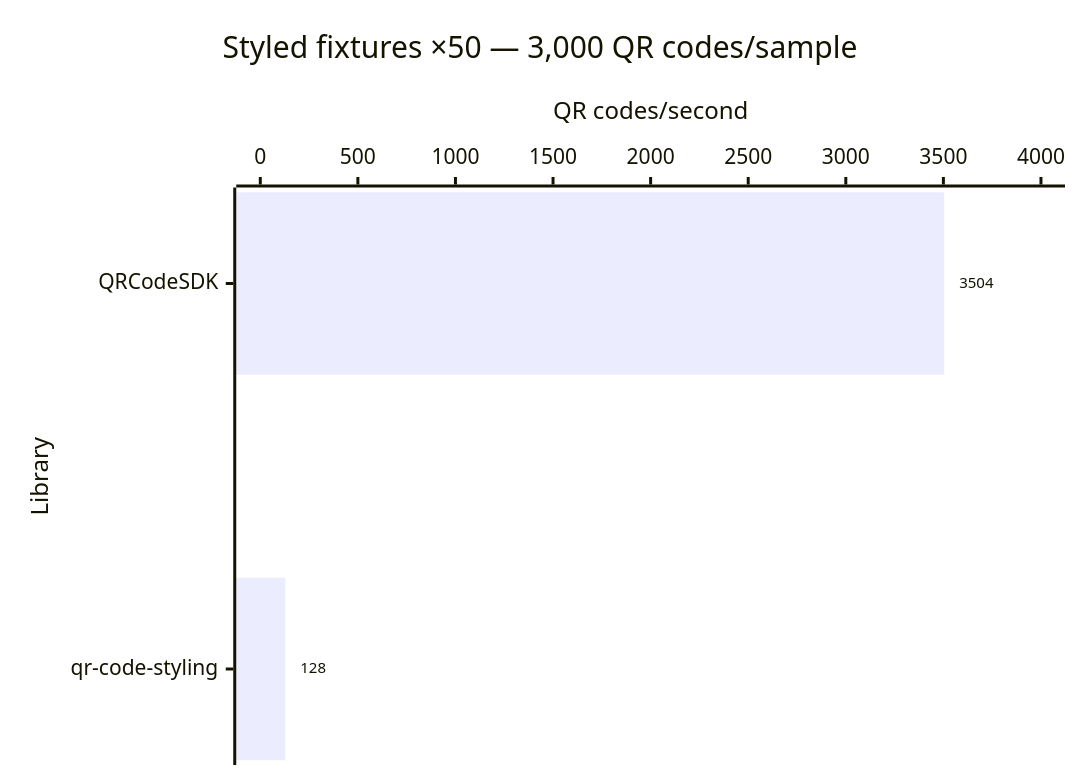
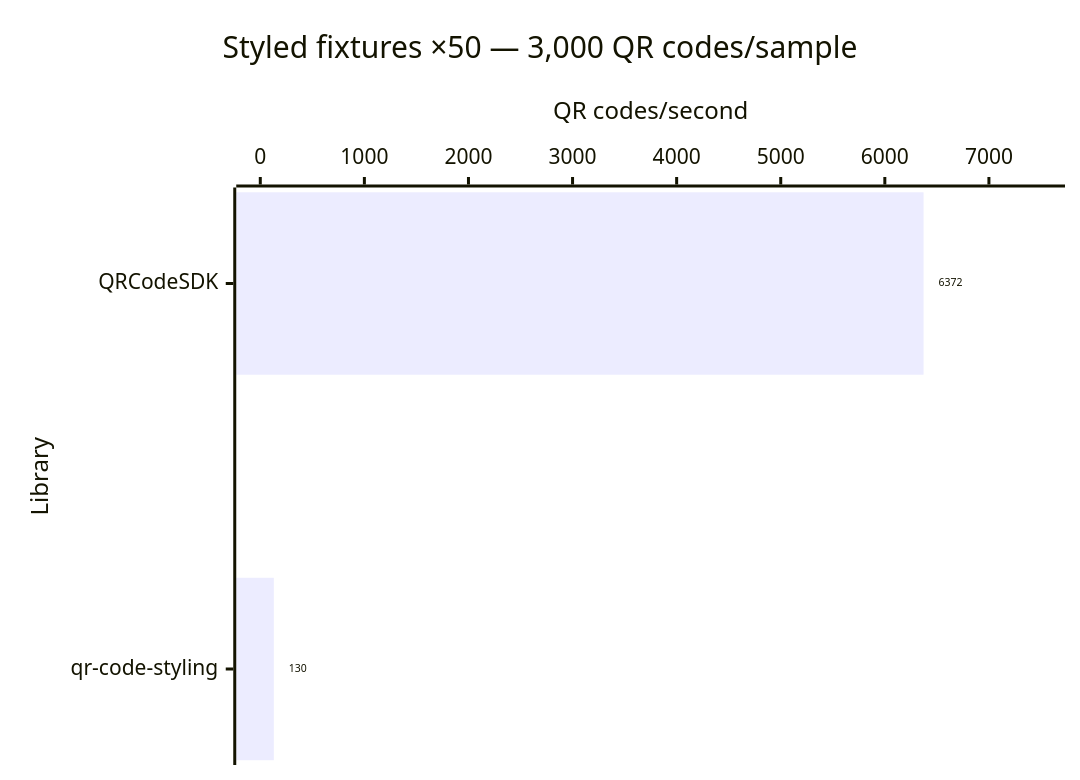
Before and after one commit to Dafnik/qrcodesdk: diagram 14 of 14 in apps/docs/src/content/docs/learn/performance.md, drawn with Mermaid. The commit also changed other lines of this file and 417 other files, not shown here.

````diff
--- a/apps/docs/src/content/docs/learn/performance.md
+++ b/apps/docs/src/content/docs/learn/performance.md
@@ -300,15 +300,15 @@
 ```mermaid
 ---
 config:
   xyChart:
     showDataLabel: true
     showDataLabelOutsideBar: true
 ---
 xychart horizontal
   accTitle: Styled SVG generation: Styled fixtures ×50 — 3,000 QR codes/sample
-  accDescr: Throughput calculated from median time. QRCodeSDK 3,504 QR codes per second, qr-code-styling 128 QR codes per second. Higher is better.
+  accDescr: Throughput calculated from median time. QRCodeSDK 6,372 QR codes per second, qr-code-styling 130 QR codes per second. Higher is better.
   title "Styled fixtures ×50 — 3,000 QR codes/sample"
   x-axis "Library" ["QRCodeSDK", "qr-code-styling"]
-  y-axis "QR codes/second" 0 --> 4000
-  bar [3504, 128]
+  y-axis "QR codes/second" 0 --> 7500
+  bar [6372, 130]
 ```
````
